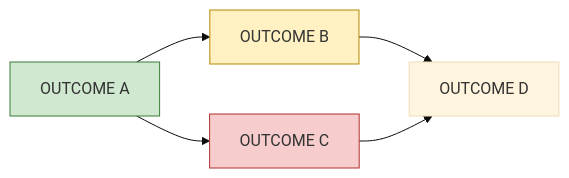
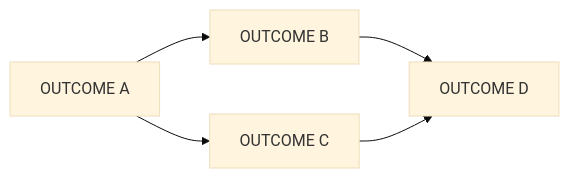
One commit to smirnowld/agent-practices changed the diagram in templates/docs/plan.md. Above: the diagram before and after it, drawn with Mermaid (base theme). The commit also changed other lines of this file and 7 other files, not shown here.

First line of the commit message:
Templates for a project on a board: plan, phase plan, roadmap, visuals, brief, closeout, work-package issue (#113)

````diff
--- a/templates/docs/plan.md
+++ b/templates/docs/plan.md
@@ -18,11 +29,7 @@
 ```mermaid
 flowchart LR
-  classDef done fill:#cfe8cf,stroke:#3a7d3a
-  classDef active fill:#fff1c2,stroke:#b58900
-  classDef blocked fill:#f6cccc,stroke:#b03030
-  classDef parked fill:#eeeeee,stroke:#999999,stroke-dasharray:4
-  A[OUTCOME A]:::done --> B[OUTCOME B]:::active
-  A --> C[OUTCOME C]:::blocked
+  A[OUTCOME A] --> B[OUTCOME B]
+  A --> C[OUTCOME C]
   B --> D[OUTCOME D]
   C --> D
 ```
````
